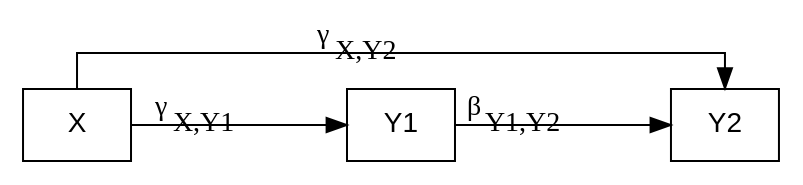
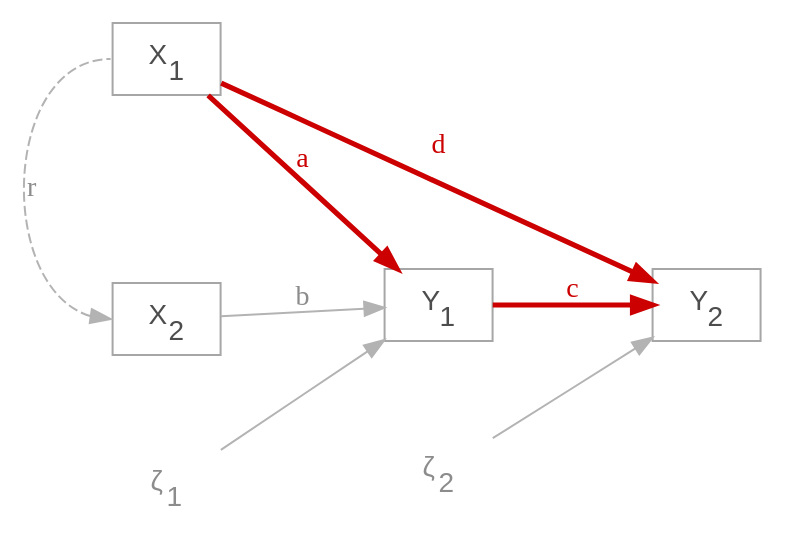
Diagram 17 of 26 in 5_Slides/Intro_to_SEM_part1.qmd (pennekampster/Swiss_SEM), drawn with Graphviz before and after one commit. The commit also changed other lines of this file and 5 other files, not shown here.

````diff
--- a/5_Slides/Intro_to_SEM_part1.qmd
+++ b/5_Slides/Intro_to_SEM_part1.qmd
@@ -1118,27 +1016,21 @@
 ```{dot}
-//| fig-width: 6
+//| fig-width: 6.0
+//| fig-height: 2.6
 digraph {
-
-  # a 'graph' statement
-  graph [overlap = false, fontsize = 15, layout = dot, rankdir = TB, splines=ortho, ranksep = .5]
-
-  # 'node' statements
-  node [shape = box,
-        fontname = Helvetica]
-  X 
-  Y1 
-  Y2
-
-  # 'edge' statements
-
-  
-  X -> Y1 [label = <&gamma;<SUB>X,Y1</SUB>> minlen=3];
-  Y1 -> Y2 [xlabel = <&beta;<SUB>Y1,Y2</SUB>> minlen=3];  
-  X -> Y2 [xlabel = <&gamma;<SUB>X,Y2</SUB>>];
-
-  {rank=same X; Y1, Y2};
-
-
+  graph [rankdir = LR, fontsize = 14, ranksep = 1.0, nodesep = 0.65]
+  node [shape = box, fontname = Helvetica, color = "gray65", fontcolor = "gray30"]
+  X1 [label = <X<SUB>1</SUB>>]; X2 [label = <X<SUB>2</SUB>>]
+  Y1 [label = <Y<SUB>1</SUB>>]; Y2 [label = <Y<SUB>2</SUB>>]
+  node [shape = plaintext, color = "gray65", fontcolor = "gray55"]
+  z1 [label = <&zeta;<SUB>1</SUB>>]; z2 [label = <&zeta;<SUB>2</SUB>>]
+  edge [color = "gray70", fontcolor = "gray55"]
+  X2 -> Y1 [label = "b"]
+  X1:w -> X2:w [dir = both, constraint = false, label = "r", style = dashed]
+  X1 -> Y1 [label = "a", color = "#cc0000", penwidth = 2.6, fontcolor = "#cc0000"]
+  Y1 -> Y2 [label = "c", color = "#cc0000", penwidth = 2.6, fontcolor = "#cc0000"]
+  X1 -> Y2 [label = "d", color = "#cc0000", penwidth = 2.6, fontcolor = "#cc0000"]
+  z1 -> Y1; z2 -> Y2
+  {rank = min; X1; X2}
+  {rank = max; Y2}
 }
-
 ```
````
